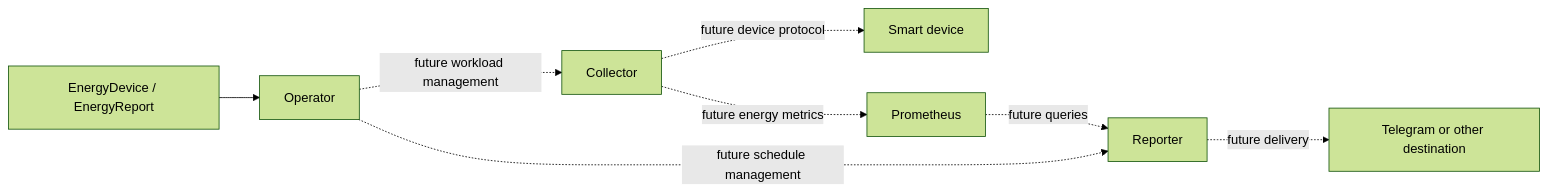
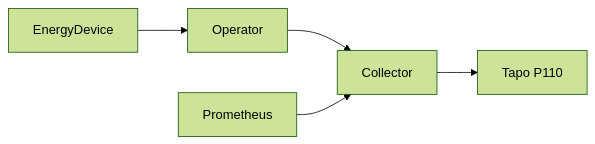
The diagram in docs/architecture.md (alvarorg14/kubewattch), drawn with Mermaid (forest theme) before and after one commit. The commit also changed other lines of this file and 47 other files, not shown here.

First line of the commit message:
feat: collect Tapo energy metrics (#4)

````diff
--- a/docs/architecture.md
+++ b/docs/architecture.md
@@ -13,10 +9,7 @@
 ```mermaid
 flowchart LR
-  CR[EnergyDevice / EnergyReport] --> O[Operator]
-  O -. future workload management .-> C[Collector]
-  C -. future device protocol .-> D[Smart device]
-  C -. future energy metrics .-> P[Prometheus]
-  O -. future schedule management .-> R[Reporter]
-  P -. future queries .-> R
-  R -. future delivery .-> T[Telegram or other destination]
+  D[EnergyDevice] --> O[Operator]
+  O --> C[Collector]
+  C --> T[Tapo P110]
+  P[Prometheus] --> C
 ```
````
